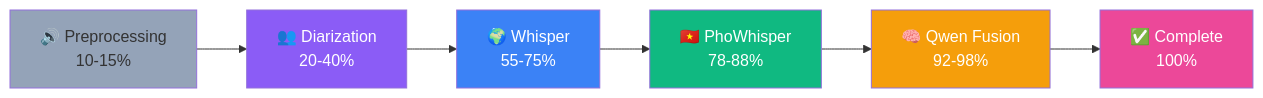
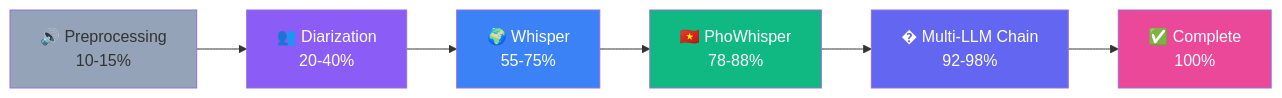
One commit to SkastVnT/AI-Assistant changed the eighth of 19 diagrams in README.md. Above: the diagram before and after it, drawn with Mermaid. The commit also changed other lines of this file and 3 other files, not shown here.

````diff
--- a/README.md
+++ b/README.md
@@ -824,15 +841,15 @@
 ```mermaid
 graph LR
     A[🔊 Preprocessing<br/>10-15%] --> B[👥 Diarization<br/>20-40%]
     B --> C[🌍 Whisper<br/>55-75%]
     C --> D[🇻🇳 PhoWhisper<br/>78-88%]
-    D --> E[🧠 Qwen Fusion<br/>92-98%]
+    D --> E[� Multi-LLM Chain<br/>92-98%]
     E --> F[✅ Complete<br/>100%]
     
     style A fill:#94A3B8
     style B fill:#8B5CF6,color:#fff
     style C fill:#3B82F6,color:#fff
     style D fill:#10B981,color:#fff
-    style E fill:#F59E0B,color:#fff
+    style E fill:#6366F1,color:#fff
     style F fill:#EC4899,color:#fff
 ```
````
